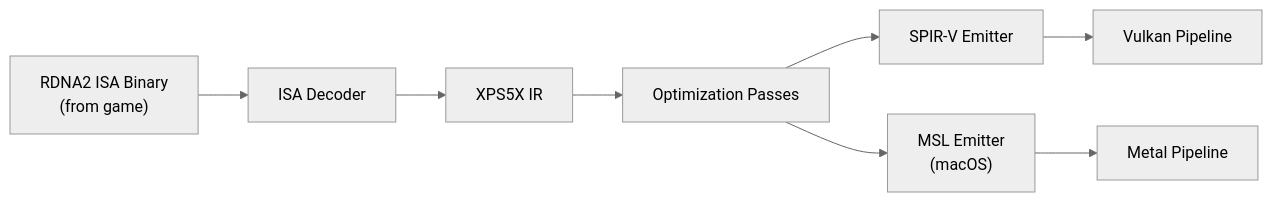
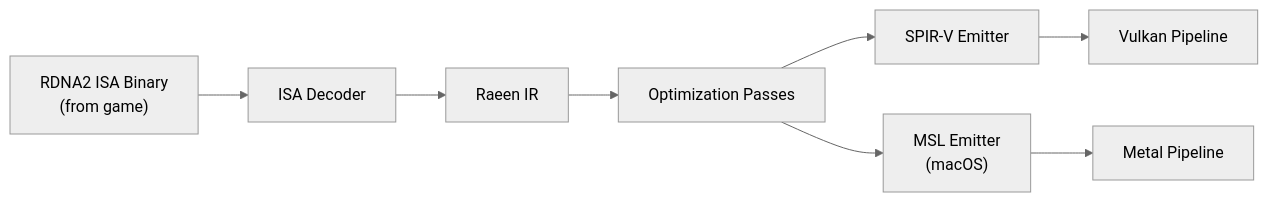
One commit to Whoisraeen/Raeen changed the third of 3 diagrams in implementation_plan.md. Above: the diagram before and after it, drawn with Mermaid (neutral theme). The commit also changed other lines of this file and 440 other files, not shown here.

Commit message:
Rename XPS5X to Raeen in installer and related assets; update build scripts and Inno Setup configuration

````diff
--- a/implementation_plan.md
+++ b/implementation_plan.md
@@ -342,10 +342,10 @@
 ```mermaid
 graph LR
     A["RDNA2 ISA Binary<br/>(from game)"] --> B["ISA Decoder"]
-    B --> C["XPS5X IR"]
+    B --> C["Raeen IR"]
     C --> D["Optimization Passes"]
     D --> E["SPIR-V Emitter"]
     D --> F["MSL Emitter<br/>(macOS)"]
     E --> G["Vulkan Pipeline"]
     F --> H["Metal Pipeline"]
 ```
````
